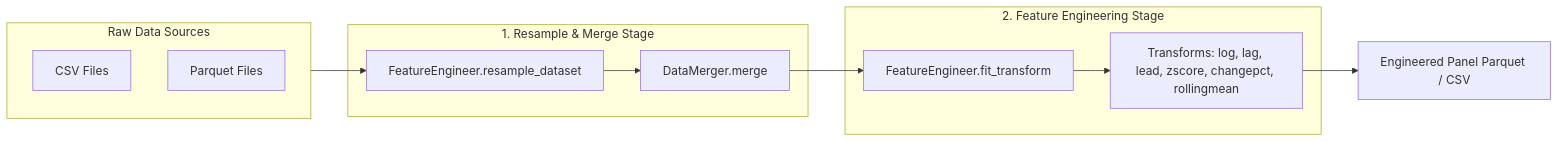
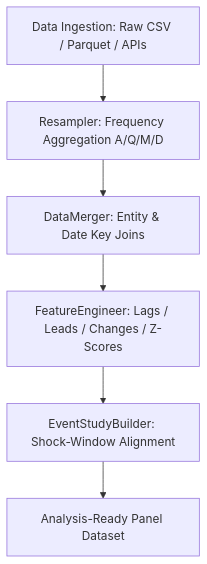
Before and after one commit to corybaird/stats-transformer: the second of 4 diagrams in docs/library/architecture.md, drawn with Mermaid. The commit also changed other lines of this file and 3 other files, not shown here.

Commit message:
REFACTOR Consolidate architecture and create models and datasets catalogs

````diff
--- a/docs/library/architecture.md
+++ b/docs/library/architecture.md
@@ -79,23 +107,8 @@
 ```mermaid
-flowchart LR
-    subgraph DataSources["Raw Data Sources"]
-        CSV[CSV Files]
-        PQ[Parquet Files]
-    end
-
-    subgraph ResampleMerge["1. Resample & Merge Stage"]
-        RS[FeatureEngineer.resample_dataset]
-        DM[DataMerger.merge]
-    end
-
-    subgraph FeatureTransforms["2. Feature Engineering Stage"]
-        FE[FeatureEngineer.fit_transform]
-        TF["Transforms: log, lag, lead, zscore, changepct, rollingmean"]
-    end
-
-    DataSources --> RS
-    RS --> DM
-    DM --> FE
-    FE --> TF
-    TF --> MergedDataset[Engineered Panel Parquet / CSV]
+flowchart TD
+    DataSources[Data Ingestion: Raw CSV / Parquet / APIs] --> RS[Resampler: Frequency Aggregation A/Q/M/D]
+    RS --> DM[DataMerger: Entity & Date Key Joins]
+    DM --> FE[FeatureEngineer: Lags / Leads / Changes / Z-Scores]
+    FE --> TF[EventStudyBuilder: Shock-Window Alignment]
+    TF --> MergedDataset[Analysis-Ready Panel Dataset]
 ```
````
